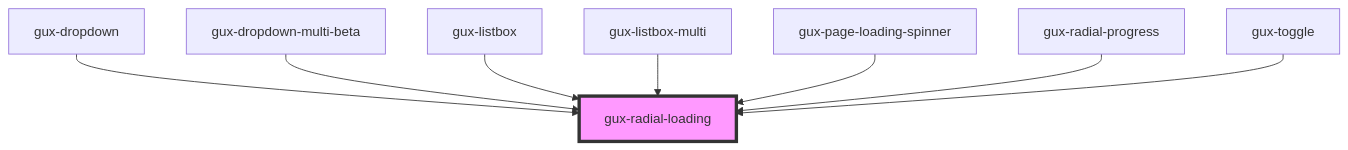
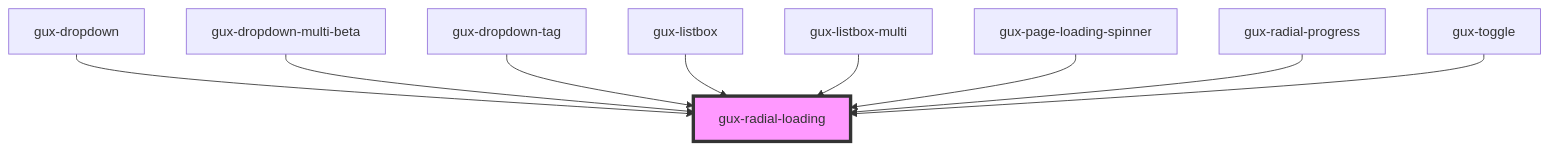
The diagram in src/components/stable/gux-radial-loading/readme.md (sonaliGenesys/genesys-webcomponents), drawn with Mermaid before and after one commit. The commit also changed other lines of this file and 88 other files, not shown here.

````diff
--- a/src/components/stable/gux-radial-loading/readme.md
+++ b/src/components/stable/gux-radial-loading/readme.md
@@ -32,11 +33,12 @@
 ```mermaid
 graph TD;
   gux-dropdown --> gux-radial-loading
   gux-dropdown-multi-beta --> gux-radial-loading
+  gux-dropdown-tag --> gux-radial-loading
   gux-listbox --> gux-radial-loading
   gux-listbox-multi --> gux-radial-loading
   gux-page-loading-spinner --> gux-radial-loading
   gux-radial-progress --> gux-radial-loading
   gux-toggle --> gux-radial-loading
   style gux-radial-loading fill:#f9f,stroke:#333,stroke-width:4px
 ```
````
